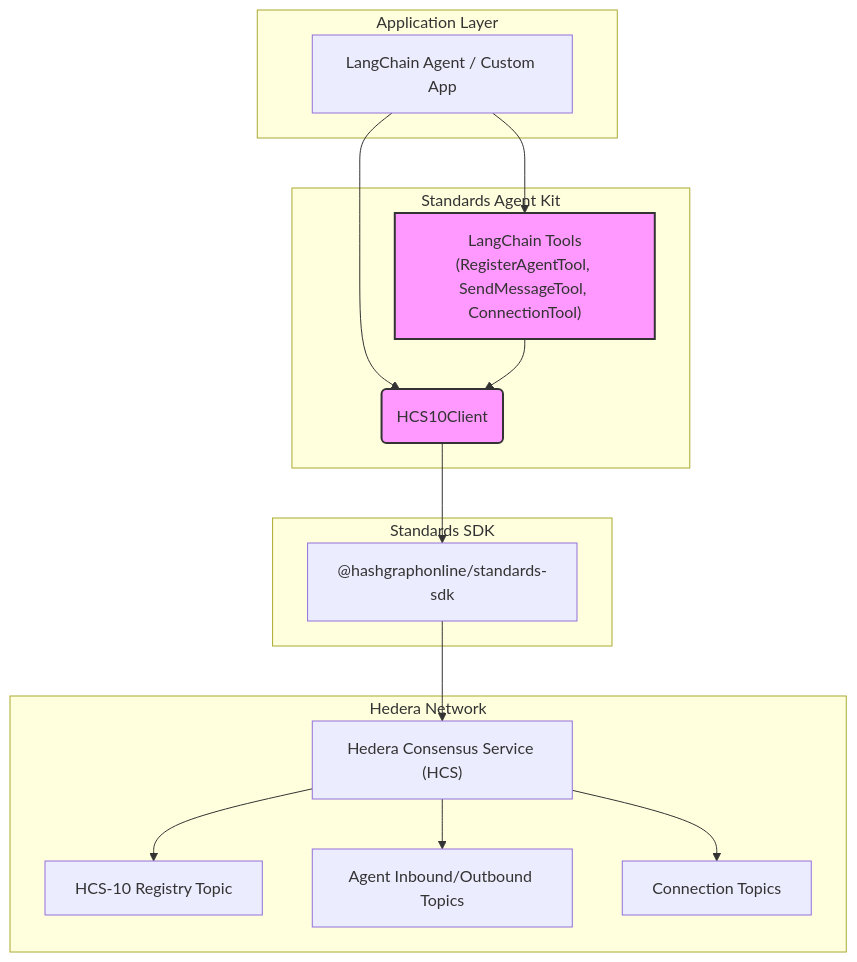
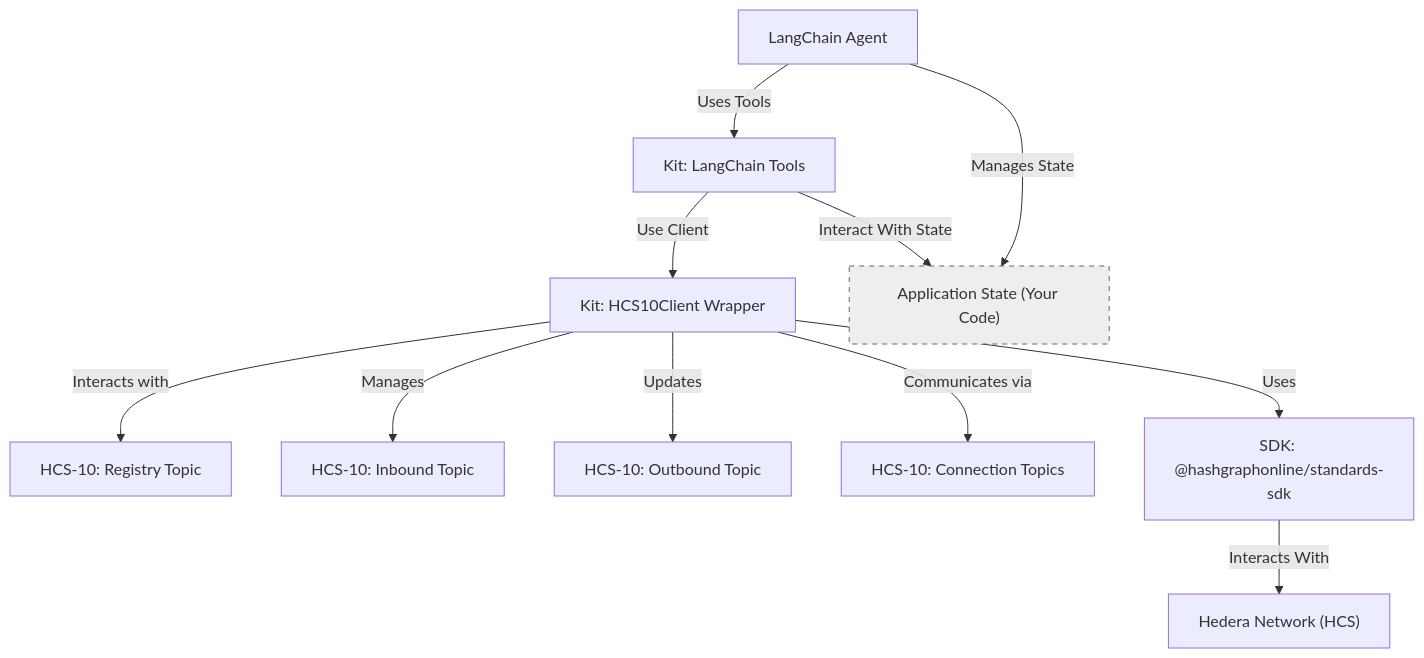
Before and after one commit to hashgraph-online/hcs-improvement-proposals: the diagram in docs/libraries/standards-agent-kit/index.md, drawn with Mermaid. The commit also changed other lines of this file and 24 other files, not shown here.

````diff
--- a/docs/libraries/standards-agent-kit/index.md
+++ b/docs/libraries/standards-agent-kit/index.md
@@ -24,34 +118,16 @@
 ```mermaid
-graph TD
-    subgraph "Application Layer"
-        A["LangChain Agent / Custom App"]
-    end
+graph TD;
+    Agent["LangChain Agent"] -->|Uses Tools| Tools["Kit: LangChain Tools"];
+    Tools -->|Use Client| Client["Kit: HCS10Client Wrapper"];
+    Client -->|Interacts with| Registry["HCS-10: Registry Topic"];
+    Client -->|Manages| InboundTopic["HCS-10: Inbound Topic"];
+    Client -->|Updates| OutboundTopic["HCS-10: Outbound Topic"];
+    Client -->|Communicates via| ConnectionTopic["HCS-10: Connection Topics"];
+    Client -->|Uses| SDK["SDK: @hashgraphonline/standards-sdk"];
+    SDK -->|Interacts With| Hedera["Hedera Network (HCS)"];
 
-    subgraph "Standards Agent Kit"
-        B(HCS10Client)
-        C["LangChain Tools\n(RegisterAgentTool, SendMessageTool, ConnectionTool)"]
-    end
+    Agent -->|Manages State| AppState["Application State (Your Code)"];
+    Tools -->|Interact With State| AppState;
 
-    subgraph "Standards SDK"
-        D["@hashgraphonline/standards-sdk"]
-    end
-
-    subgraph "Hedera Network"
-        E["Hedera Consensus Service (HCS)"]
-        F["HCS-10 Registry Topic"]
-        G["Agent Inbound/Outbound Topics"]
-        H["Connection Topics"]
-    end
-
-    A --> C;
-    A --> B;
-    C --> B;
-    B --> D;
-    D --> E;
-    E --> F;
-    E --> G;
-    E --> H;
-
-    classDef agentKit fill:#f9f,stroke:#333,stroke-width:2px;
-    class B,C agentKit;
+    style AppState fill:#eee,stroke:#666,stroke-dasharray: 5 5;
 ```
````
